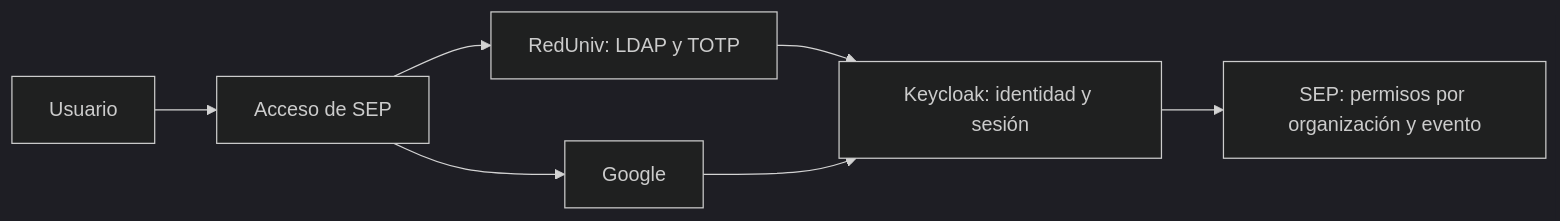
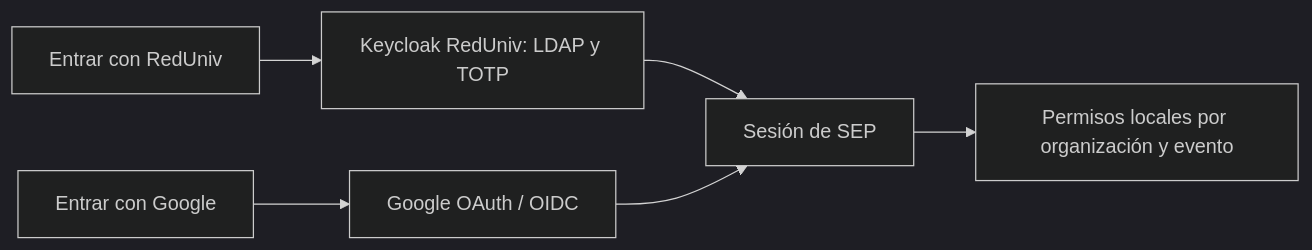
The diagram in docs/development/reduniv-y-google.md (denysbuedo/plataforma-eventos-cientificos), drawn with Mermaid (dark theme) before and after one commit. The commit also changed other lines of this file and 25 other files, not shown here.

Commit message:
feat: add direct Google sign-in alongside RedUniv [skip ci]

````diff
--- a/docs/development/reduniv-y-google.md
+++ b/docs/development/reduniv-y-google.md
@@ -15,9 +11,8 @@
 ```mermaid
 flowchart LR
-  U[Usuario] --> S[Acceso de SEP]
-  S --> R[RedUniv: LDAP y TOTP]
-  S --> G[Google]
-  R --> K[Keycloak: identidad y sesión]
-  G --> K
-  K --> P[SEP: permisos por organización y evento]
+  A[Entrar con RedUniv] --> K[Keycloak RedUniv: LDAP y TOTP]
+  B[Entrar con Google] --> G[Google OAuth / OIDC]
+  K --> S[Sesión de SEP]
+  G --> S
+  S --> P[Permisos locales por organización y evento]
 ```
````
